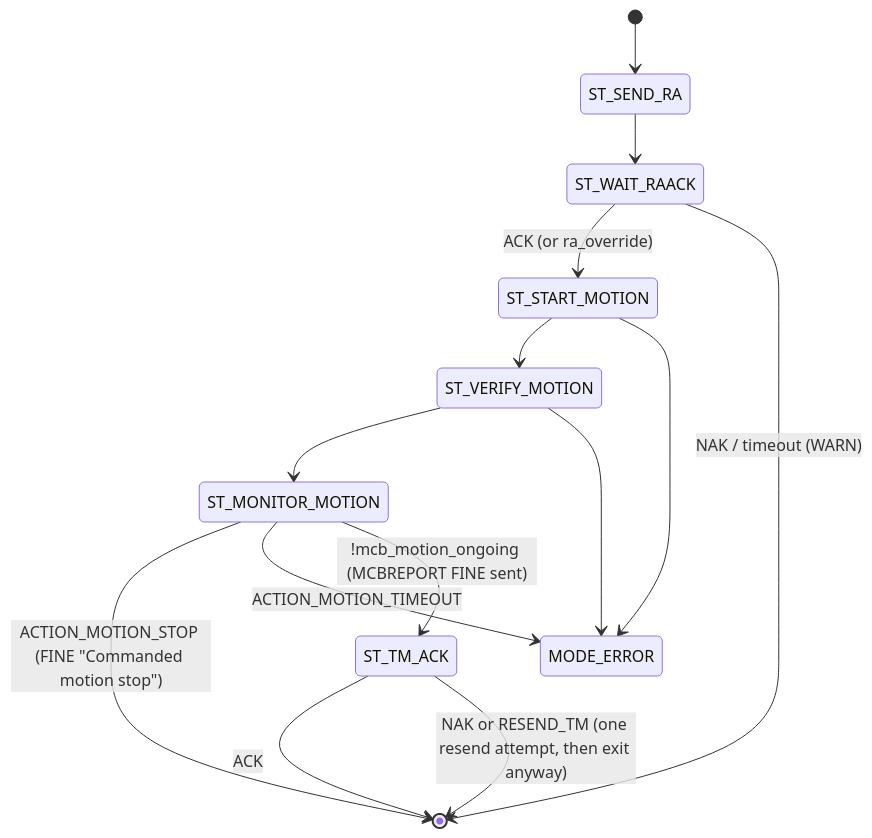
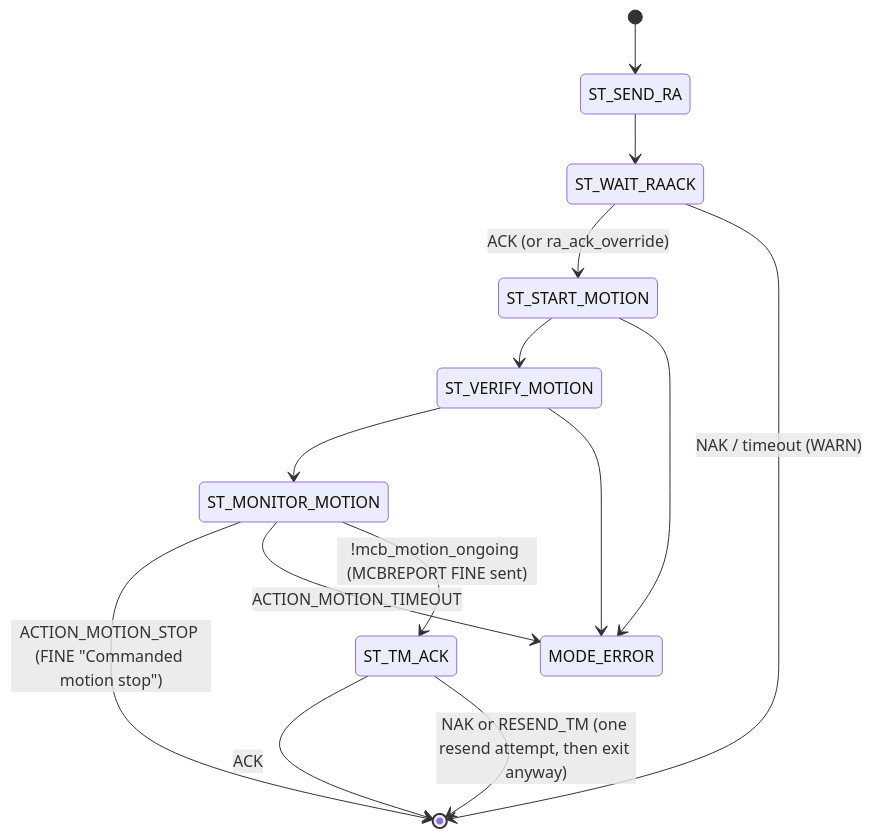
One commit to kalnajslab-org/StratoCore_RACHUTS changed the fifth of 9 diagrams in docs/FlightModeControlFlow.md. Above: the diagram before and after it, drawn with Mermaid. The commit also changed other lines of this file and 3 other files, not shown here.

First line of the commit message:
Update docs for the RA-ack override TC and PROFILE rename

````diff
--- a/docs/FlightModeControlFlow.md
+++ b/docs/FlightModeControlFlow.md
@@ -279,16 +281,16 @@
 ```mermaid
 stateDiagram-v2
     [*] --> ST_SEND_RA
     ST_SEND_RA --> ST_WAIT_RAACK
-    ST_WAIT_RAACK --> ST_START_MOTION: ACK (or ra_override)
+    ST_WAIT_RAACK --> ST_START_MOTION: ACK (or ra_ack_override)
     ST_WAIT_RAACK --> [*]: NAK / timeout (WARN)
     ST_START_MOTION --> ST_VERIFY_MOTION
     ST_START_MOTION --> MODE_ERROR
     ST_VERIFY_MOTION --> ST_MONITOR_MOTION
     ST_VERIFY_MOTION --> MODE_ERROR
     ST_MONITOR_MOTION --> [*]: ACTION_MOTION_STOP (FINE "Commanded motion stop")
     ST_MONITOR_MOTION --> MODE_ERROR: ACTION_MOTION_TIMEOUT
     ST_MONITOR_MOTION --> ST_TM_ACK: !mcb_motion_ongoing (MCBREPORT FINE sent)
     ST_TM_ACK --> [*]: ACK
     ST_TM_ACK --> [*]: NAK or RESEND_TM (one resend attempt, then exit anyway)
 ```
````
